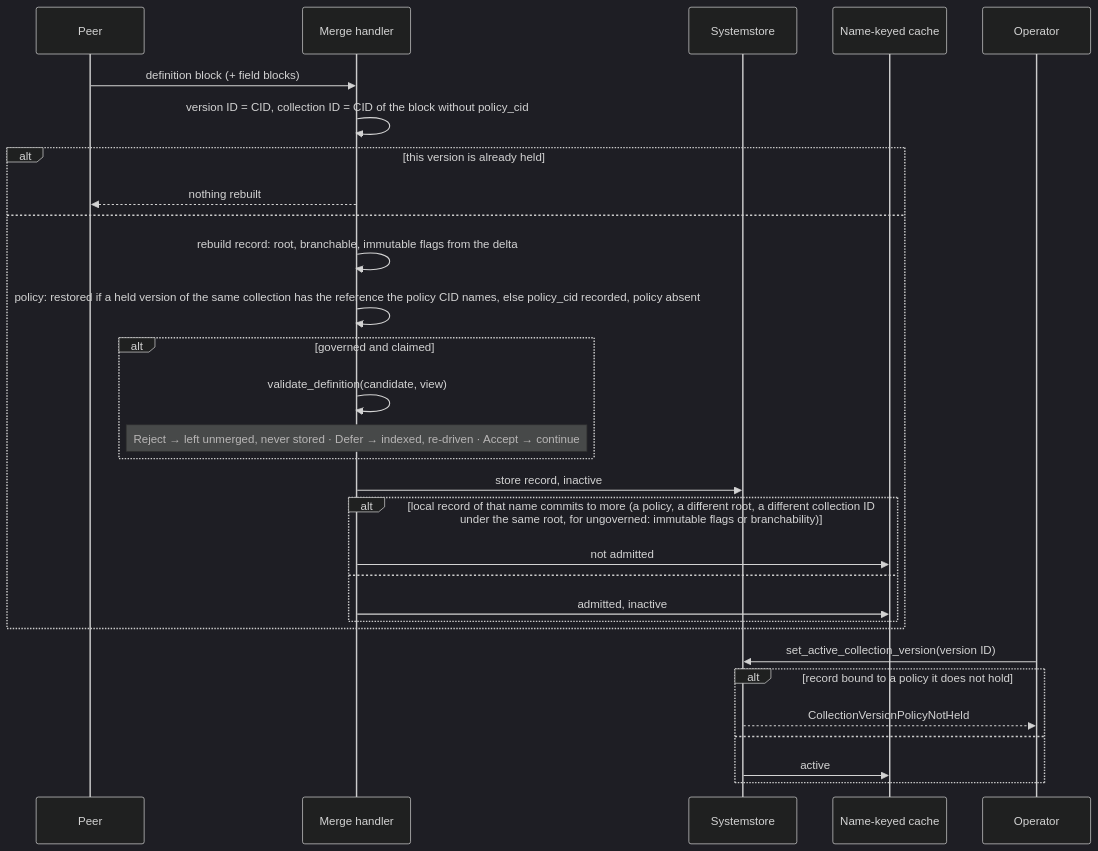
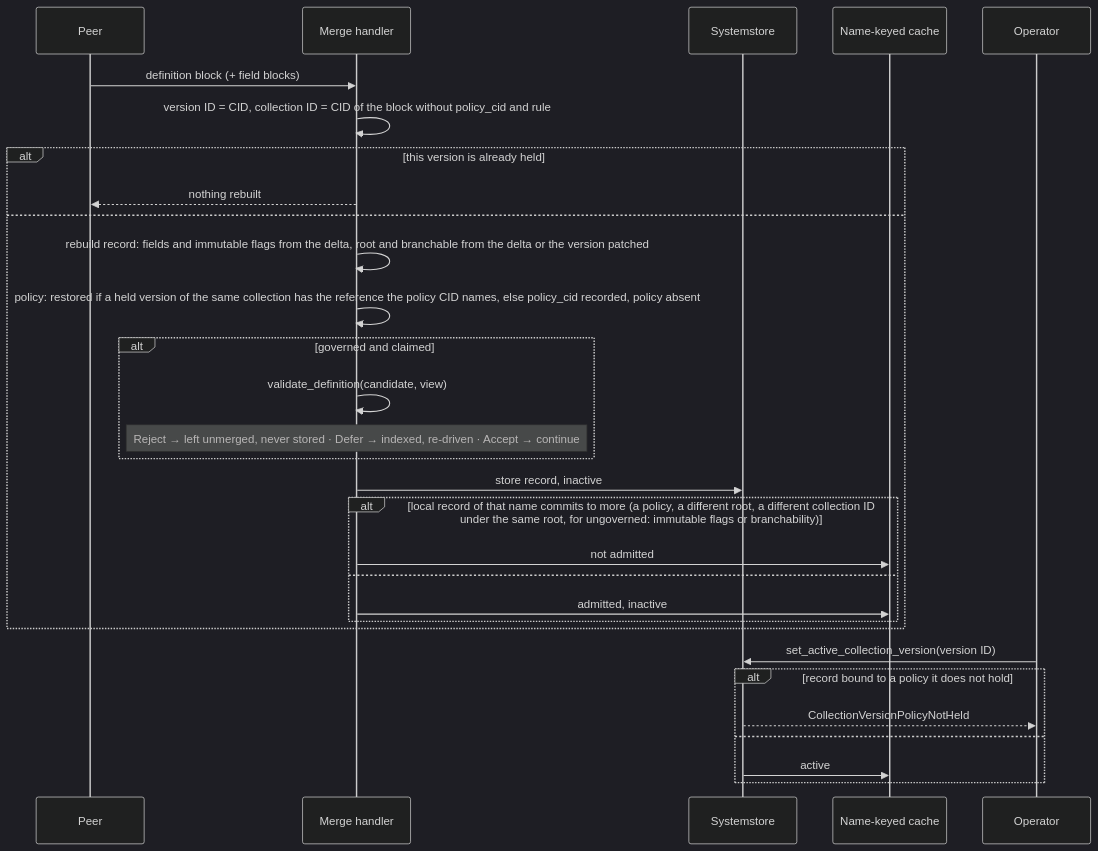
The ninth of 10 diagrams in governed-collections.md (sourcenetwork/defradb.rs), drawn with Mermaid (dark theme) before and after one commit. The commit also changed other lines of this file, not shown here.

````diff
--- a/governed-collections.md
+++ b/governed-collections.md
@@ -413,33 +413,33 @@
 ```mermaid
 sequenceDiagram
   participant P as Peer
   participant H as Merge handler
   participant SS as Systemstore
   participant Cache as Name-keyed cache
   participant Op as Operator
 
   P->>H: definition block (+ field blocks)
-  H->>H: version ID = CID, collection ID = CID of the block without policy_cid
+  H->>H: version ID = CID, collection ID = CID of the block without policy_cid and rule
   alt this version is already held
     H-->>P: nothing rebuilt
   else
-    H->>H: rebuild record: root, branchable, immutable flags from the delta
+    H->>H: rebuild record: fields and immutable flags from the delta, root and branchable from the delta or the version patched
     H->>H: policy: restored if a held version of the same collection has the reference the policy CID names, else policy_cid recorded, policy absent
     alt governed and claimed
       H->>H: validate_definition(candidate, view)
       Note over H: Reject → left unmerged, never stored · Defer → indexed, re-driven · Accept → continue
     end
     H->>SS: store record, inactive
     alt local record of that name commits to more (a policy, a different root, a different collection ID under the same root, for ungoverned: immutable flags or branchability)
       H->>Cache: not admitted
     else
       H->>Cache: admitted, inactive
     end
   end
   Op->>SS: set_active_collection_version(version ID)
   alt record bound to a policy it does not hold
     SS-->>Op: CollectionVersionPolicyNotHeld
   else
     SS->>Cache: active
   end
 ```
````
